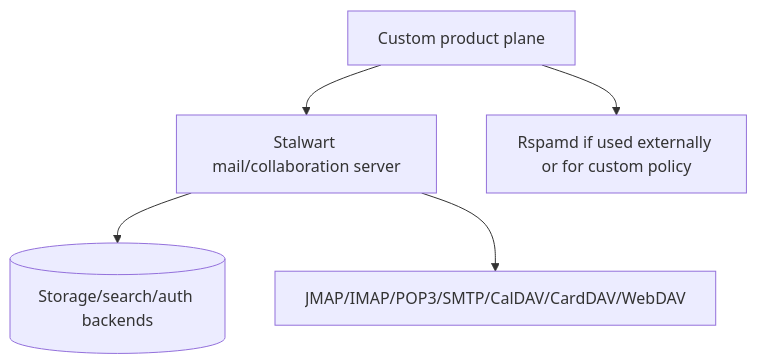
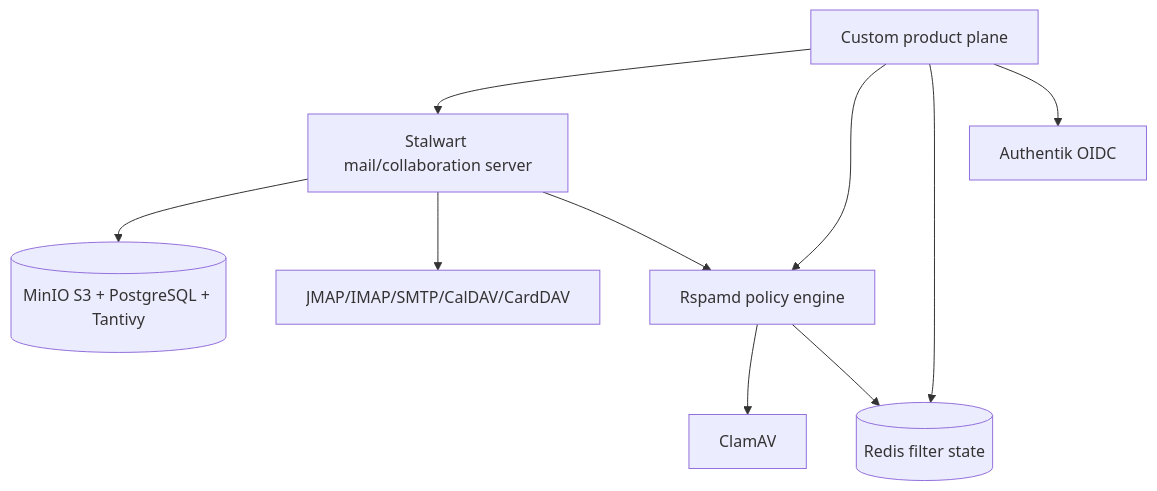
The third of 3 diagrams in docs/01-component-catalog.md (microscaler/opengroupware), drawn with Mermaid before and after one commit. The commit also changed other lines of this file and 39 other files, not shown here.

````diff
--- a/docs/01-component-catalog.md
+++ b/docs/01-component-catalog.md
@@ -140,7 +130,13 @@
 ```mermaid
 flowchart TB
   Product[Custom product plane] --> Stalwart[Stalwart mail/collaboration server]
-  Product --> Rspamd[Rspamd if used externally or for custom policy]
-  Stalwart --> Storage[(Storage/search/auth backends)]
-  Stalwart --> Protocols[JMAP/IMAP/POP3/SMTP/CalDAV/CardDAV/WebDAV]
+  Product --> Rspamd[Rspamd policy engine]
+  Stalwart --> Storage[(MinIO S3 + PostgreSQL + Tantivy)]
+  Stalwart --> Protocols[JMAP/IMAP/SMTP/CalDAV/CardDAV]
+  Product --> Redis[(Redis filter state)]
+  Product --> OIDC[Authentik OIDC]
+
+  Stalwart --> Rspamd
+  Rspamd --> ClamAV[ClamAV]
+  Rspamd --> Redis
 ```
````
